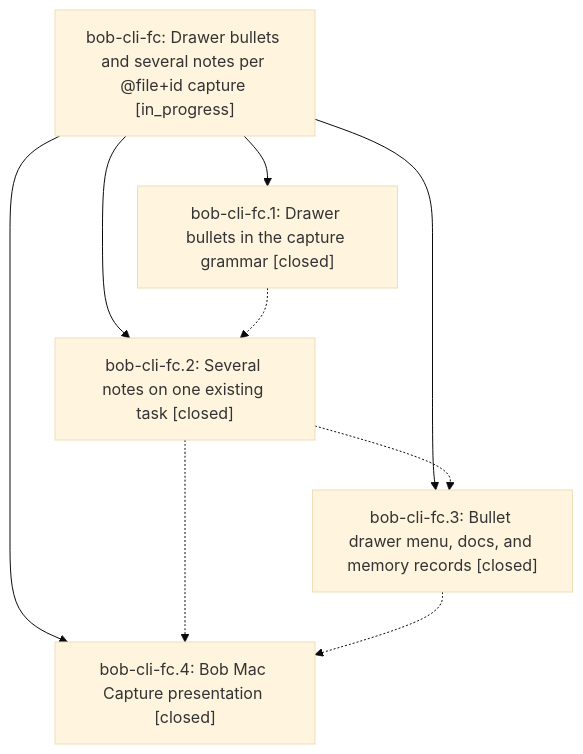
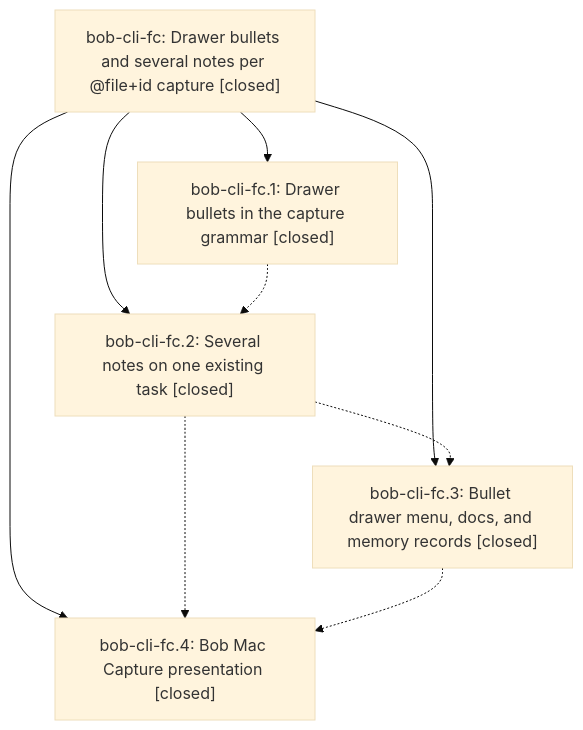
The diagram in pages/bob-cli-fc/README.md (bobs-org/bob-cli--beads), drawn with Mermaid (base theme) before and after one commit. The commit also changed other lines of this file and 2 other files, not shown here.

First line of the commit message:
chore(beads): sync bead state and pages for bob-cli-fc

````diff
--- a/pages/bob-cli-fc/README.md
+++ b/pages/bob-cli-fc/README.md
@@ -39,16 +51,16 @@
 ```mermaid
 flowchart TD
-    n0["bob-cli-fc: Drawer bullets and several notes per @file+id capture [in_progress]"]
+    n0["bob-cli-fc: Drawer bullets and several notes per @file+id capture [closed]"]
     n1["bob-cli-fc.1: Drawer bullets in the capture grammar [closed]"]
     n2["bob-cli-fc.2: Several notes on one existing task [closed]"]
     n3["bob-cli-fc.3: Bullet drawer menu, docs, and memory records [closed]"]
     n4["bob-cli-fc.4: Bob Mac Capture presentation [closed]"]
     n0 --> n1
     n0 --> n2
     n0 --> n3
     n0 --> n4
     n1 -.-> n2
     n2 -.-> n3
     n2 -.-> n4
     n3 -.-> n4
 ```
````
